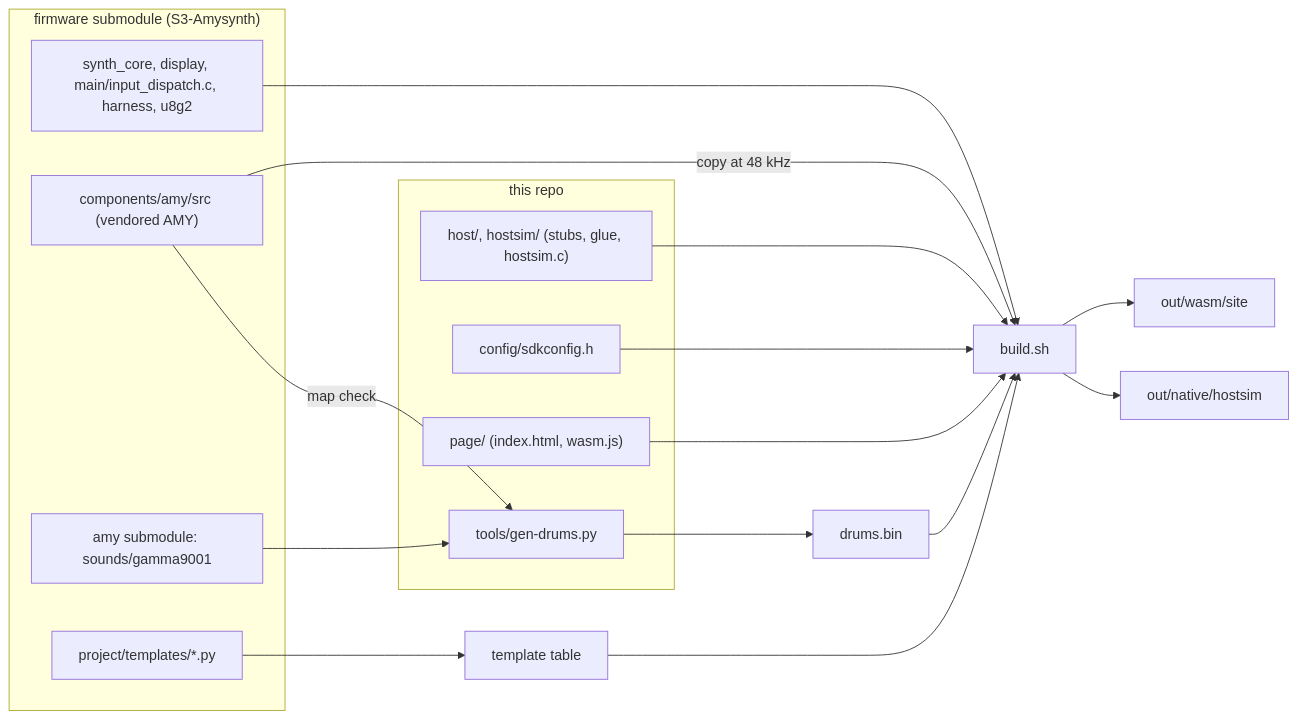
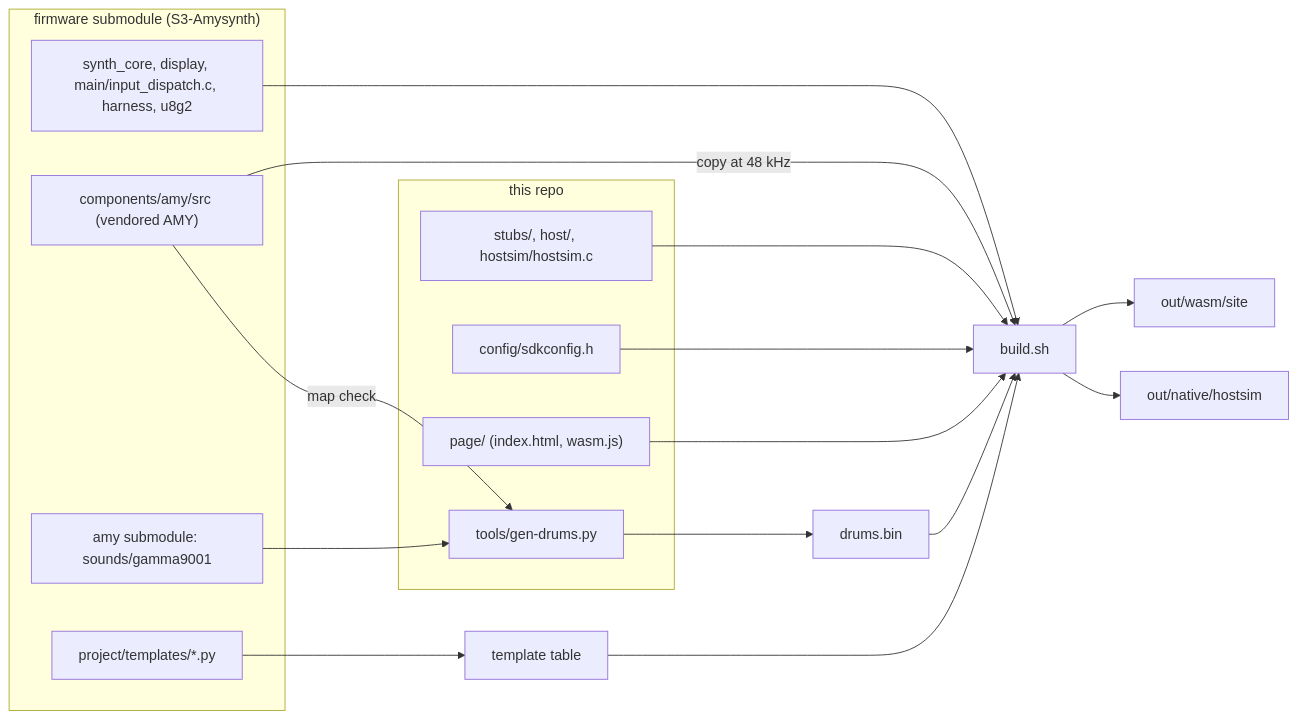
The diagram in README.md (rt-rtos/amysynth-wasm), drawn with Mermaid before and after one commit. The commit also changed other lines of this file and 1 other file, not shown here.

First line of the commit message:
SHIMS.md: every stub and shim, and what each changes

````diff
--- a/README.md
+++ b/README.md
@@ -15,28 +16,28 @@
 ```mermaid
 flowchart LR
     subgraph fw["firmware submodule (S3-Amysynth)"]
         src["synth_core, display, main/input_dispatch.c, harness, u8g2"]
         amysrc["components/amy/src (vendored AMY)"]
         samples["amy submodule: sounds/gamma9001"]
         tpl["project/templates/*.py"]
     end
     subgraph here["this repo"]
-        shims["host/, hostsim/ (stubs, glue, hostsim.c)"]
+        shims["stubs/, host/, hostsim/hostsim.c"]
         cfg["config/sdkconfig.h"]
         page["page/ (index.html, wasm.js)"]
         gen["tools/gen-drums.py"]
     end
     samples --> gen
     amysrc -->|"map check"| gen
     gen --> drums["drums.bin"]
     tpl --> tdata["template table"]
     src --> build["build.sh"]
     amysrc -->|"copy at 48 kHz"| build
     shims --> build
     cfg --> build
     tdata --> build
     drums --> build
     page --> build
     build --> native["out/native/hostsim"]
     build --> site["out/wasm/site"]
 ```
````
